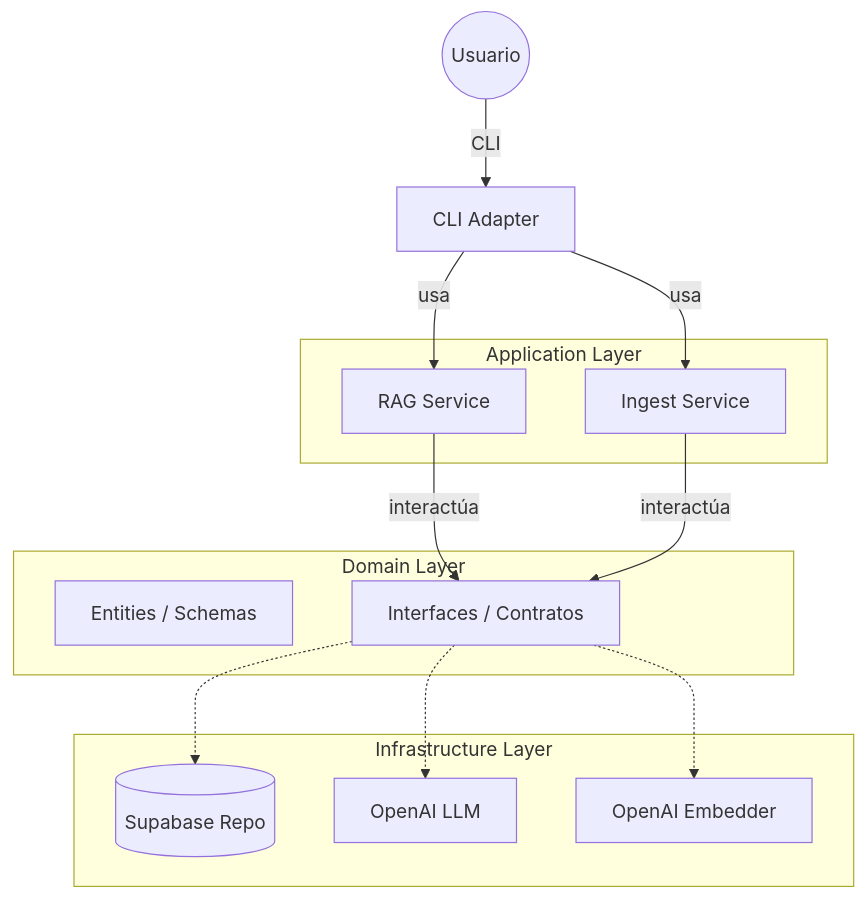
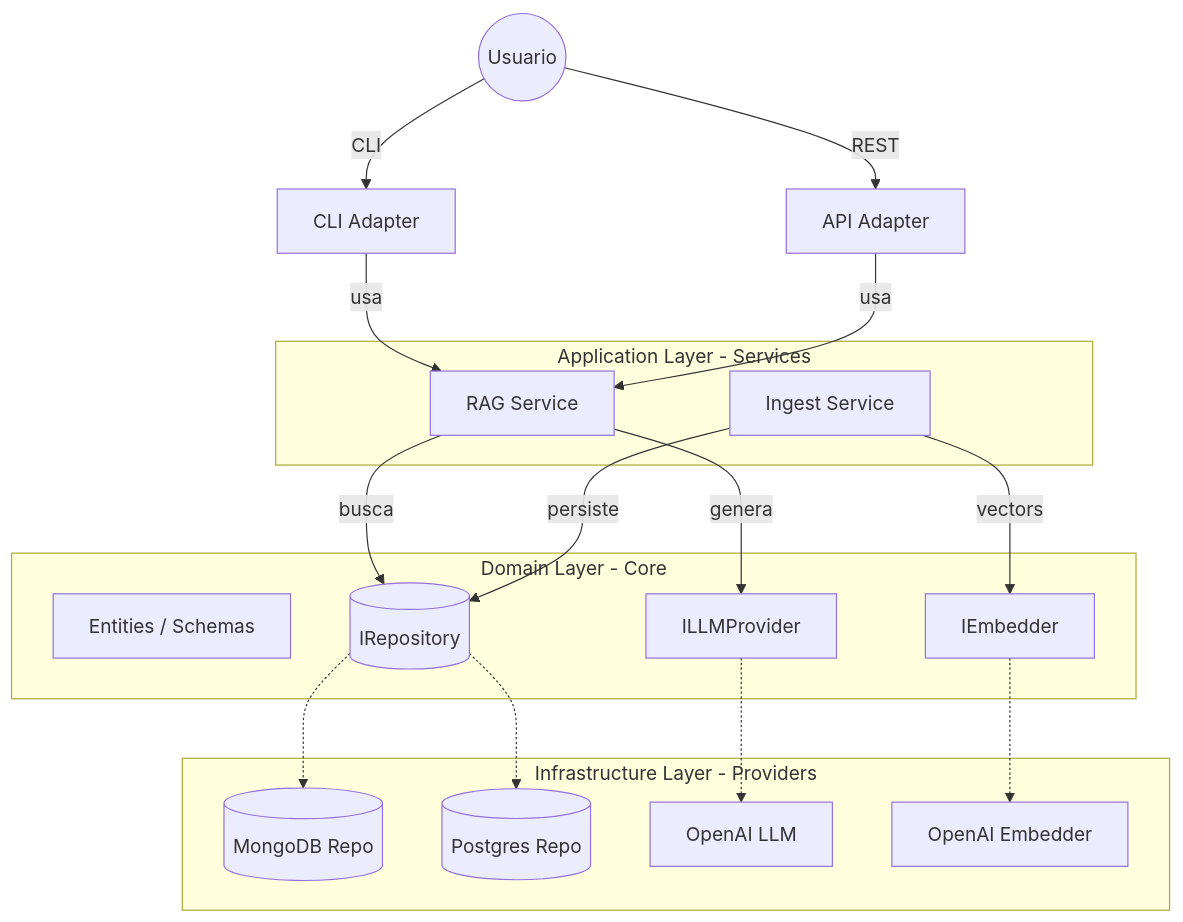
The diagram in README.md (FullFran/Hybrid-RAG-example), drawn with Mermaid before and after one commit. The commit also changed other lines of this file, not shown here.

Commit message:
docs: expand architecture diagram in README.md with full detail
Updated the README.md architecture diagram to include all components and detailed relations from docs/arquitectura.md, maintaining the clean graph TD style.

````diff
--- a/README.md
+++ b/README.md
@@ -29,28 +29,37 @@
 ```mermaid
 graph TD
-    User((Usuario)) -- CLI --> CLI[CLI Adapter]
+    User((Usuario))
+    User -- CLI --> CLI[CLI Adapter]
+    User -- REST --> WebAPI[API Adapter]
 
-    subgraph Capa_Aplicacion [Application Layer]
+    subgraph Capa_Aplicacion [Application Layer - Services]
         RAG[RAG Service]
         Ingest[Ingest Service]
     end
 
-    subgraph Capa_Dominio [Domain Layer]
+    subgraph Capa_Dominio [Domain Layer - Core]
         Schemas[Entities / Schemas]
-        Interfaces[Interfaces / Contratos]
+        RepoI[(IRepository)]
+        LLMI[ILLMProvider]
+        EmbedI[IEmbedder]
     end
 
-    subgraph Capa_Infraestructura [Infrastructure Layer]
-        Supabase[(Supabase Repo)]
+    subgraph Capa_Infraestructura [Infrastructure Layer - Providers]
+        Mongo[(MongoDB Repo)]
+        Postgres[(Postgres Repo)]
         OpenAI_LLM[OpenAI LLM]
         OpenAI_Emb[OpenAI Embedder]
     end
 
     CLI -- usa --> RAG
-    CLI -- usa --> Ingest
-    RAG -- interactúa --> Interfaces
-    Ingest -- interactúa --> Interfaces
-    Interfaces -.-> Supabase
-    Interfaces -.-> OpenAI_LLM
-    Interfaces -.-> OpenAI_Emb
+    WebAPI -- usa --> RAG
+    RAG -- busca --> RepoI
+    RAG -- genera --> LLMI
+    Ingest -- persiste --> RepoI
+    Ingest -- vectors --> EmbedI
+
+    RepoI -.-> Mongo
+    RepoI -.-> Postgres
+    LLMI -.-> OpenAI_LLM
+    EmbedI -.-> OpenAI_Emb
 ```
````
